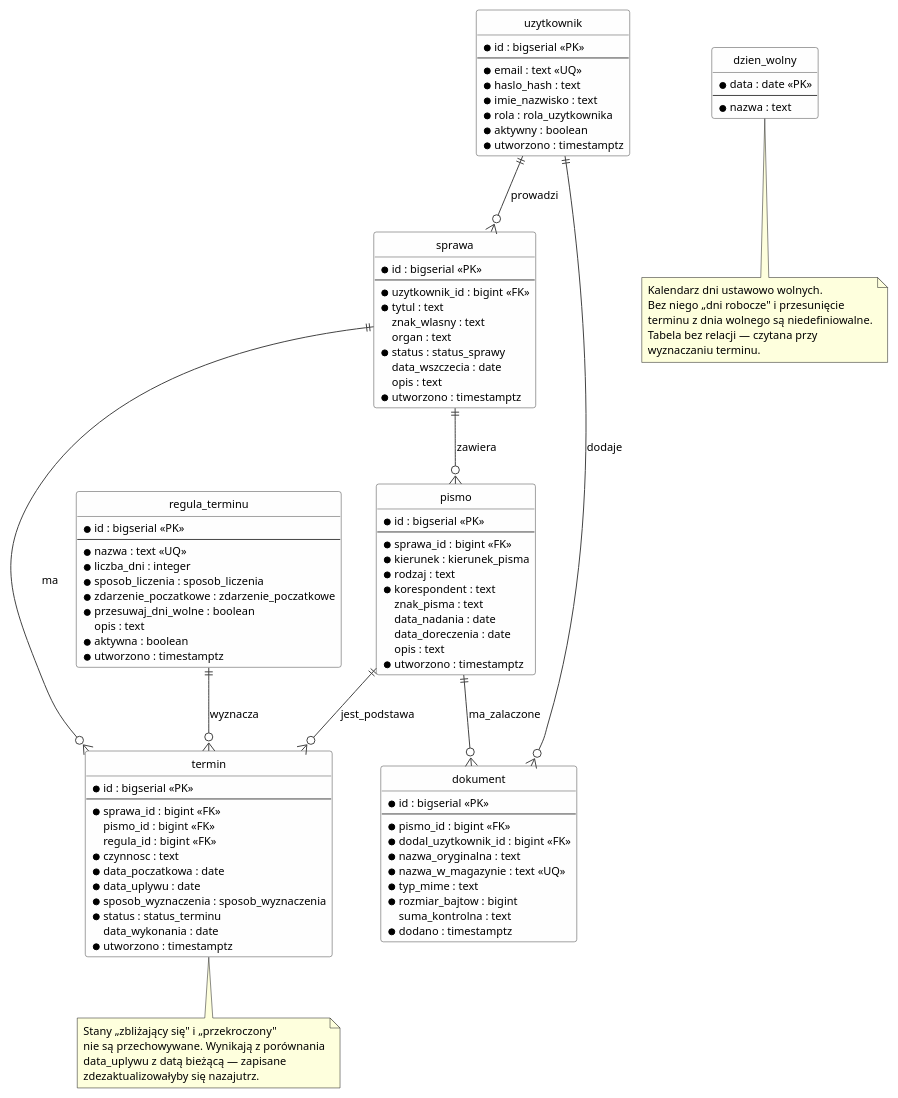
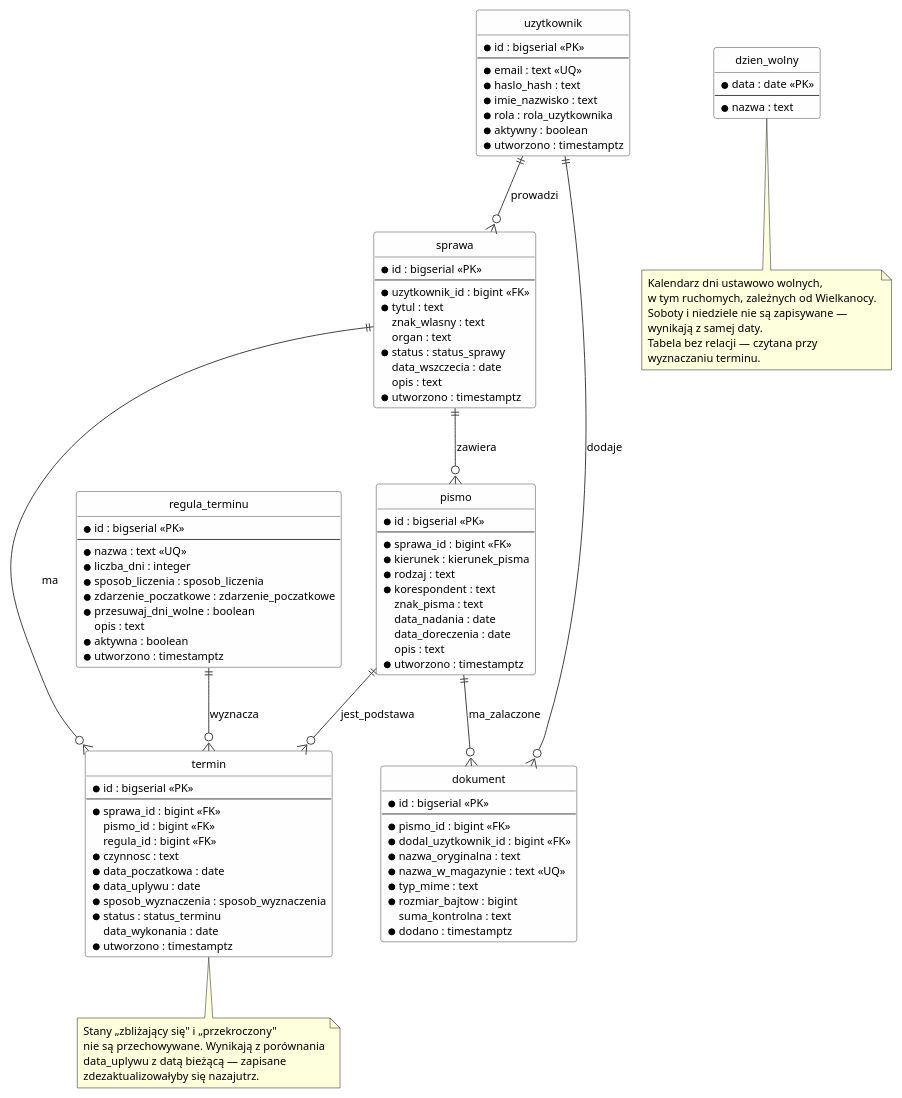
The diagram in docs/diagramy/model-danych.puml (adminroan24/sprawnik), drawn with PlantUML before and after one commit. The commit also changed 2 other files, not shown here.

Commit message:
Termin przypadający na dzień wolny: przesunięcie na dzień roboczy
Termin wyznaczony na sobotę, niedzielę lub dzień ustawowo wolny przesuwa się
na najbliższy następny dzień roboczy. Przesunięcie wykonywane jest powtarzalnie,
ponieważ dni wolne potrafią następować po sobie — po Wielkim Piątku przypadają
sobota, niedziela i Poniedziałek Wielkanocny.

Rozróżniono źródła dni wolnych: soboty i niedziele wynikają z daty, natomiast
dni ustawowo wolne, w tym ruchome, wymagają zapisania jako dane.

Claude-Session: https://claude.ai/code/session_01XKvsaivcPTDC5rapQFeZo8

```diff
--- a/docs/diagramy/model-danych.puml
+++ b/docs/diagramy/model-danych.puml
@@ -1,122 +1,123 @@
 @startuml model-danych
 ' Diagram ERD systemu Sprawnik — notacja Information Engineering (crow's foot)
 hide circle
 skinparam backgroundColor white
 skinparam shadowing false
 skinparam defaultFontName Sans
 skinparam defaultFontSize 11
 skinparam class {
   BackgroundColor #FEFEFE
   BorderColor #444444
   ArrowColor #444444
 }
 
 entity "uzytkownik" as uzytkownik {
   * id : bigserial <<PK>>
   --
   * email : text <<UQ>>
   * haslo_hash : text
   * imie_nazwisko : text
   * rola : rola_uzytkownika
   * aktywny : boolean
   * utworzono : timestamptz
 }
 
 entity "sprawa" as sprawa {
   * id : bigserial <<PK>>
   --
   * uzytkownik_id : bigint <<FK>>
   * tytul : text
   znak_wlasny : text
   organ : text
   * status : status_sprawy
   data_wszczecia : date
   opis : text
   * utworzono : timestamptz
 }
 
 entity "pismo" as pismo {
   * id : bigserial <<PK>>
   --
   * sprawa_id : bigint <<FK>>
   * kierunek : kierunek_pisma
   * rodzaj : text
   * korespondent : text
   znak_pisma : text
   data_nadania : date
   data_doreczenia : date
   opis : text
   * utworzono : timestamptz
 }
 
 entity "dokument" as dokument {
   * id : bigserial <<PK>>
   --
   * pismo_id : bigint <<FK>>
   * dodal_uzytkownik_id : bigint <<FK>>
   * nazwa_oryginalna : text
   * nazwa_w_magazynie : text <<UQ>>
   * typ_mime : text
   * rozmiar_bajtow : bigint
   suma_kontrolna : text
   * dodano : timestamptz
 }
 
 entity "regula_terminu" as regula {
   * id : bigserial <<PK>>
   --
   * nazwa : text <<UQ>>
   * liczba_dni : integer
   * sposob_liczenia : sposob_liczenia
   * zdarzenie_poczatkowe : zdarzenie_poczatkowe
   * przesuwaj_dni_wolne : boolean
   opis : text
   * aktywna : boolean
   * utworzono : timestamptz
 }
 
 entity "termin" as termin {
   * id : bigserial <<PK>>
   --
   * sprawa_id : bigint <<FK>>
   pismo_id : bigint <<FK>>
   regula_id : bigint <<FK>>
   * czynnosc : text
   * data_poczatkowa : date
   * data_uplywu : date
   * sposob_wyznaczenia : sposob_wyznaczenia
   * status : status_terminu
   data_wykonania : date
   * utworzono : timestamptz
 }
 
 entity "dzien_wolny" as dzien {
   * data : date <<PK>>
   --
   * nazwa : text
 }
 
 uzytkownik ||--o{ sprawa      : prowadzi
 uzytkownik ||--o{ dokument    : dodaje
 sprawa     ||--o{ pismo       : zawiera
 sprawa     ||--o{ termin      : ma
 pismo      ||--o{ dokument    : ma_zalaczone
 pismo      ||--o{ termin      : jest_podstawa
 regula     ||--o{ termin      : wyznacza
 
 note bottom of dzien
-  Kalendarz dni ustawowo wolnych.
-  Bez niego „dni robocze" i przesunięcie
-  terminu z dnia wolnego są niedefiniowalne.
+  Kalendarz dni ustawowo wolnych,
+  w tym ruchomych, zależnych od Wielkanocy.
+  Soboty i niedziele nie są zapisywane —
+  wynikają z samej daty.
   Tabela bez relacji — czytana przy
   wyznaczaniu terminu.
 end note
 
 note bottom of termin
   Stany „zbliżający się" i „przekroczony"
   nie są przechowywane. Wynikają z porównania
   data_uplywu z datą bieżącą — zapisane
   zdezaktualizowałyby się nazajutrz.
 end note
 
 @enduml
```
